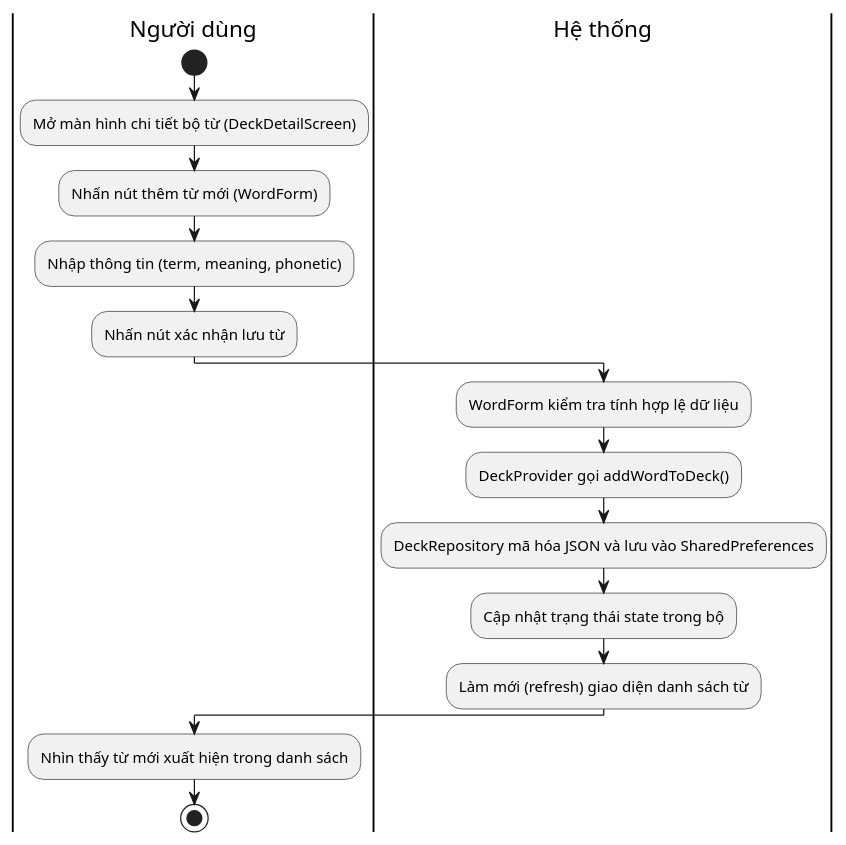
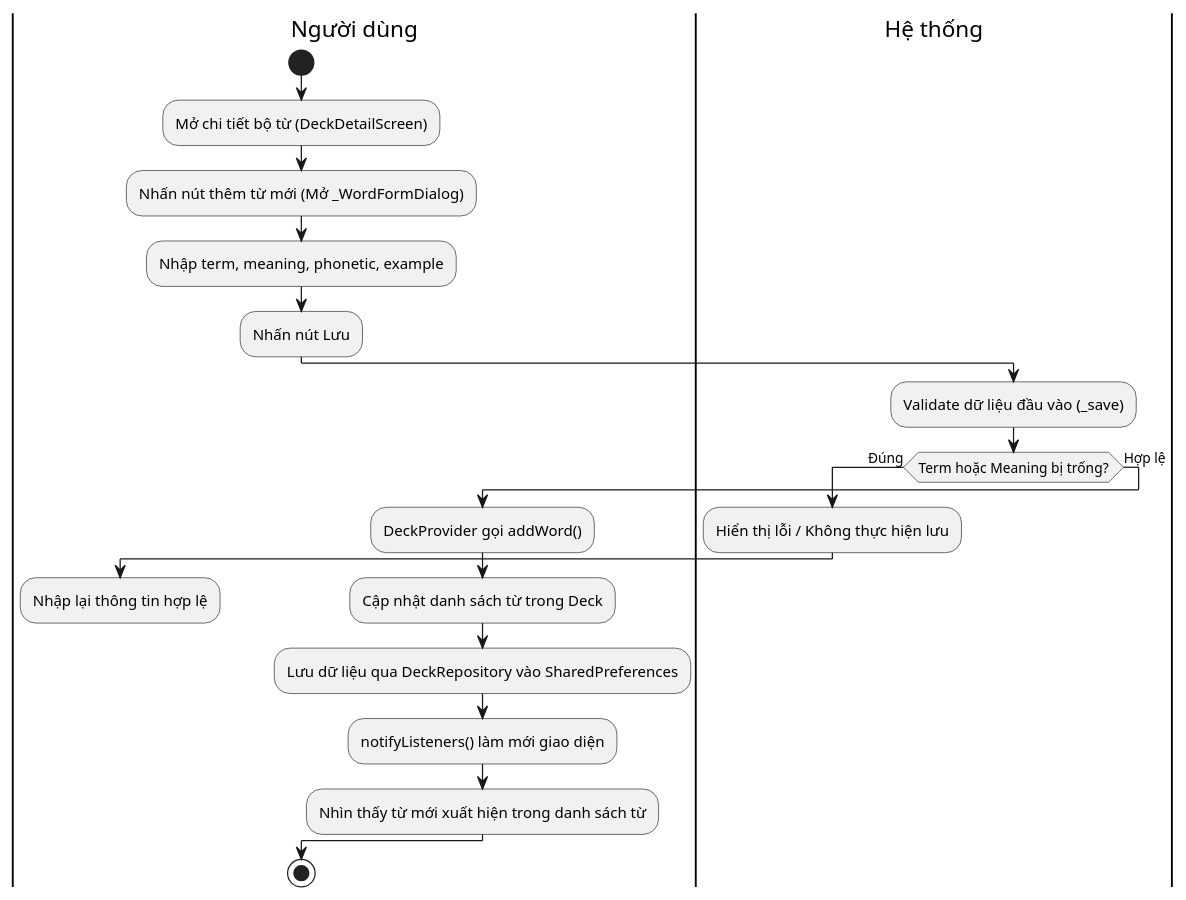
Before and after one commit to hoang-adu/2026_2027_1_1_LTTBDD_N01_Nhom_2: the diagram in docs/activity_add_word.puml, drawn with PlantUML. The commit also changed 3 other files, not shown here.

Commit message:
docs: cập nhật chuẩn 4 sơ đồ hoạt động (activity diagrams)

```diff
--- a/docs/activity_add_word.puml
+++ b/docs/activity_add_word.puml
@@ -1,19 +1,26 @@
 @startuml
 |Người dùng|
 start
-:Mở màn hình chi tiết bộ từ (DeckDetailScreen);
-:Nhấn nút thêm từ mới (WordForm);
-:Nhập thông tin (term, meaning, phonetic);
-:Nhấn nút xác nhận lưu từ;
+:Mở chi tiết bộ từ (DeckDetailScreen);
+:Nhấn nút thêm từ mới (Mở _WordFormDialog);
+:Nhập term, meaning, phonetic, example;
+:Nhấn nút Lưu;
 
 |Hệ thống|
-:WordForm kiểm tra tính hợp lệ dữ liệu;
-:DeckProvider gọi addWordToDeck();
-:DeckRepository mã hóa JSON và lưu vào SharedPreferences;
-:Cập nhật trạng thái state trong bộ;
-:Làm mới (refresh) giao diện danh sách từ;
-
-|Người dùng|
-:Nhìn thấy từ mới xuất hiện trong danh sách;
+:Validate dữ liệu đầu vào (_save);
+if (Term hoặc Meaning bị trống?) then (Đúng)
+  :Hiển thị lỗi / Không thực hiện lưu;
+  |Người dùng|
+  :Nhập lại thông tin hợp lệ;
+  detach
+else (Hợp lệ)
+  :DeckProvider gọi addWord();
+  :Cập nhật danh sách từ trong Deck;
+  :Lưu dữ liệu qua DeckRepository vào SharedPreferences;
+  :notifyListeners() làm mới giao diện;
+  
+  |Người dùng|
+  :Nhìn thấy từ mới xuất hiện trong danh sách từ;
+endif
 stop
 @enduml
```
